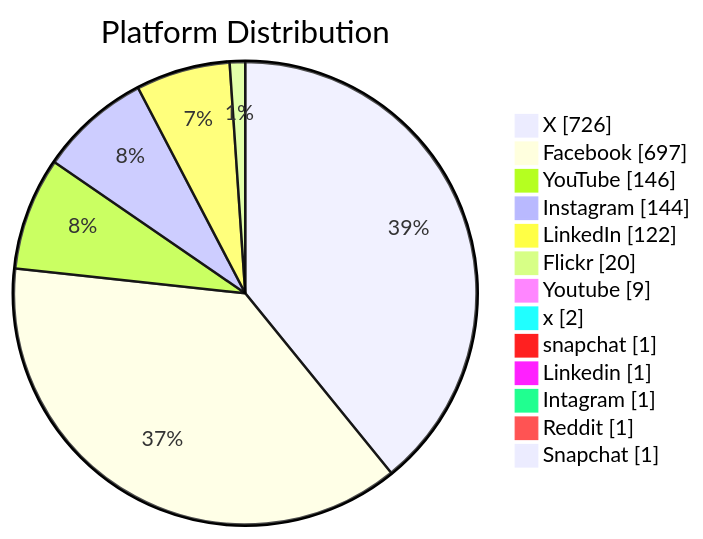
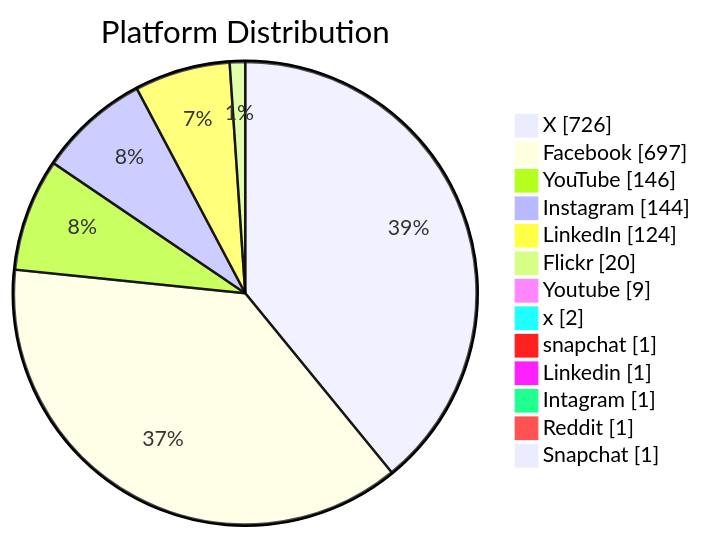
Before and after one commit to PatLittle/GC-Socials: the second of 6 diagrams in README.md, drawn with Mermaid. The commit also changed other lines of this file, not shown here.

Commit message:
Update README with Platform Distribution pie chart

````diff
--- a/README.md
+++ b/README.md
@@ -46,16 +46,16 @@
 ```mermaid
 pie showData title Platform Distribution
     "X": 726
     "Facebook": 697
     "YouTube": 146
     "Instagram": 144
-    "LinkedIn": 122
+    "LinkedIn": 124
     "Flickr": 20
     "Youtube": 9
     "x": 2
     "snapchat": 1
     "Linkedin": 1
     "Intagram": 1
     "Reddit": 1
     "Snapchat": 1
 ```
````
